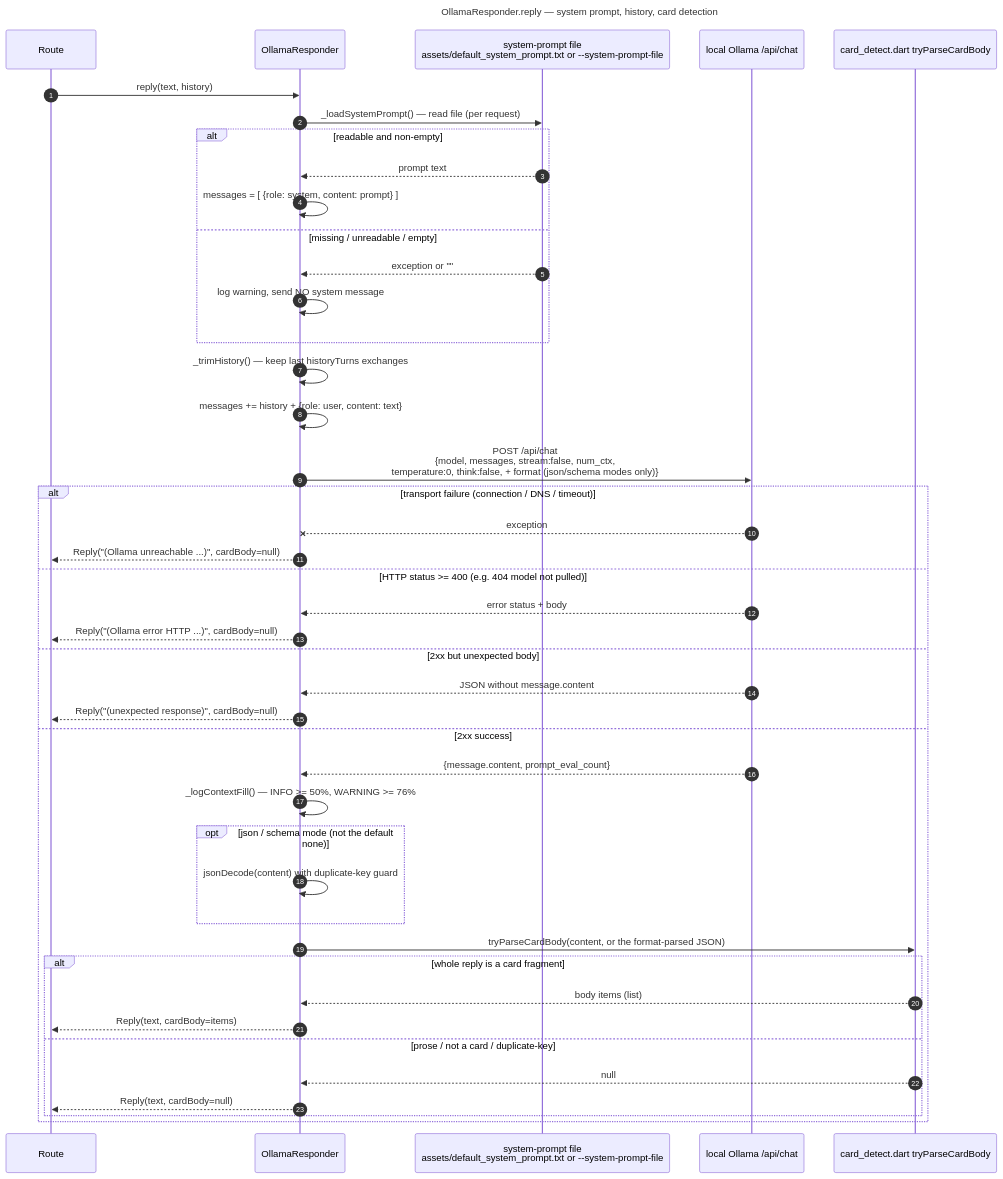
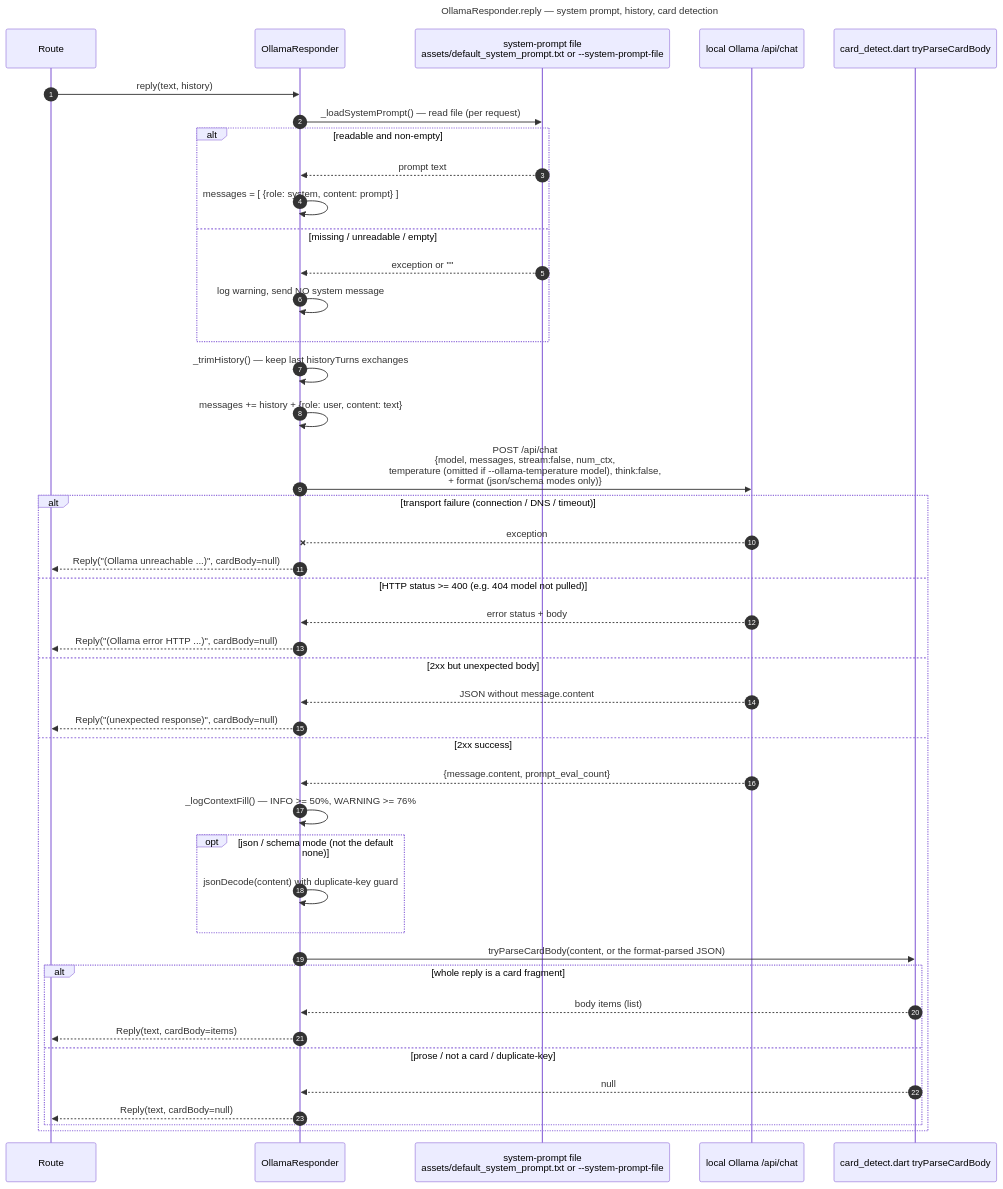
One commit to freemansoft/Flutter-AdaptiveCards changed the third of 3 diagrams in adaptive_chat_server_dart/README.md. Above: the diagram before and after it, drawn with Mermaid. The commit also changed other lines of this file and 7 other files, not shown here.

First line of the commit message:
feat(chat-server): add --ollama-temperature flag

````diff
--- a/adaptive_chat_server_dart/README.md
+++ b/adaptive_chat_server_dart/README.md
@@ -366,49 +367,49 @@
 ```mermaid
 ---
 title: "OllamaResponder.reply — system prompt, history, card detection"
 ---
 sequenceDiagram
     autonumber
     participant R as Route
     participant O as OllamaResponder
     participant F as system-prompt file<br/>assets/default_system_prompt.txt or --system-prompt-file
     participant L as local Ollama /api/chat
     participant D as card_detect.dart tryParseCardBody
 
     R->>O: reply(text, history)
     O->>F: _loadSystemPrompt() — read file (per request)
     alt readable and non-empty
         F-->>O: prompt text
         O->>O: messages = [ {role: system, content: prompt} ]
     else missing / unreadable / empty
         F-->>O: exception or ""
         O->>O: log warning, send NO system message
     end
     O->>O: _trimHistory() — keep last historyTurns exchanges
     O->>O: messages += history + {role: user, content: text}
-    O->>L: POST /api/chat<br/>{model, messages, stream:false, num_ctx,<br/>temperature:0, think:false, + format (json/schema modes only)}
+    O->>L: POST /api/chat<br/>{model, messages, stream:false, num_ctx,<br/>temperature (omitted if --ollama-temperature model), think:false,<br/>+ format (json/schema modes only)}
     alt transport failure (connection / DNS / timeout)
         L--xO: exception
         O-->>R: Reply("(Ollama unreachable ...)", cardBody=null)
     else HTTP status >= 400 (e.g. 404 model not pulled)
         L-->>O: error status + body
         O-->>R: Reply("(Ollama error HTTP ...)", cardBody=null)
     else 2xx but unexpected body
         L-->>O: JSON without message.content
         O-->>R: Reply("(unexpected response)", cardBody=null)
     else 2xx success
         L-->>O: {message.content, prompt_eval_count}
         O->>O: _logContextFill() — INFO >= 50%, WARNING >= 76%
         opt json / schema mode (not the default none)
             O->>O: jsonDecode(content) with duplicate-key guard
         end
         O->>D: tryParseCardBody(content, or the format-parsed JSON)
         alt whole reply is a card fragment
             D-->>O: body items (list)
             O-->>R: Reply(text, cardBody=items)
         else prose / not a card / duplicate-key
             D-->>O: null
             O-->>R: Reply(text, cardBody=null)
         end
     end
 ```
````
